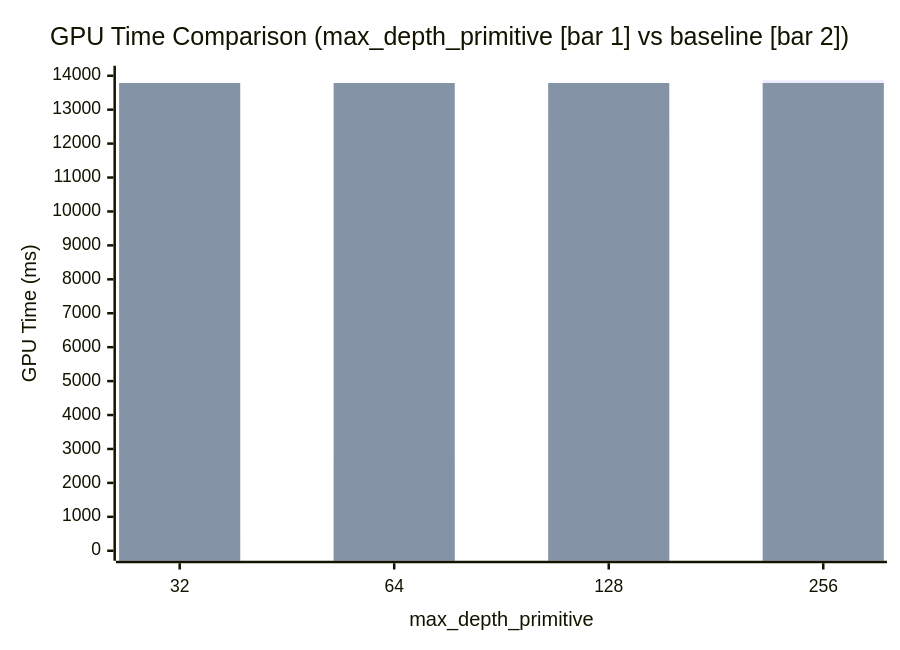
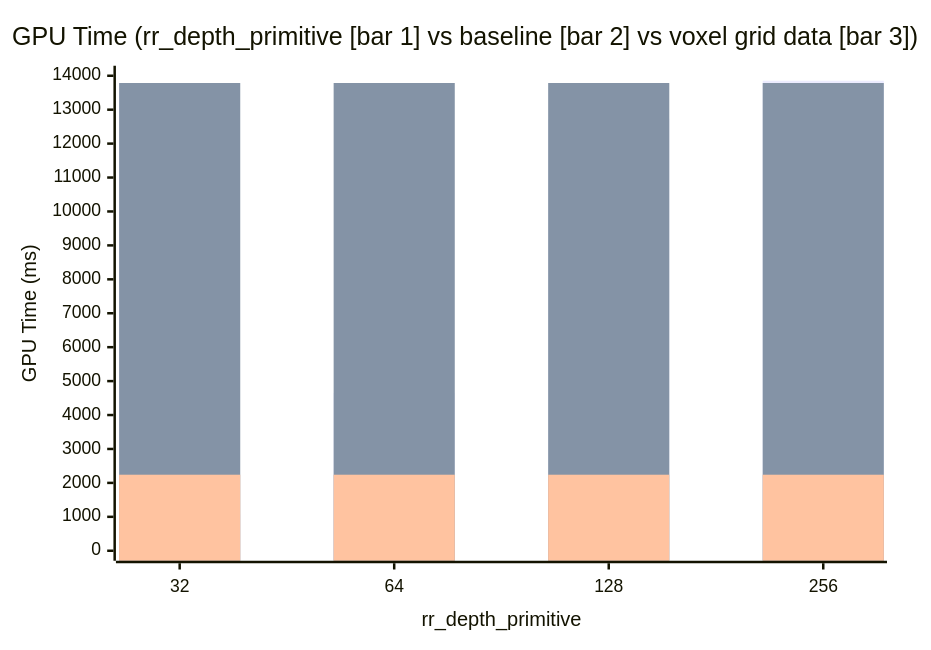
Before and after one commit to VENUSXK/pages: the seventh of 12 diagrams in content/docs/GaborRT/exp-20261023.mdx, drawn with Mermaid. The commit also changed other lines of this file and 3 other files, not shown here.

````diff
--- a/content/docs/GaborRT/exp-20261023.mdx
+++ b/content/docs/GaborRT/exp-20261023.mdx
@@ -670,8 +799,9 @@
 ```mermaid
 xychart-beta
-    title "GPU Time Comparison (max_depth_primitive [bar 1] vs baseline [bar 2])"
-    x-axis "max_depth_primitive" [32, 64, 128, 256]
+    title "GPU Time (rr_depth_primitive [bar 1] vs baseline [bar 2] vs voxel grid data [bar 3])"
+    x-axis "rr_depth_primitive" [32, 64, 128, 256]
     y-axis "GPU Time (ms)" 0 --> 14000
-    bar [320.39, 2748.79, 12406.18, 13868.53]
+    bar [1064.88, 4652.54, 12732.98, 13853.25]
     bar [13786.08, 13786.08, 13786.08, 13786.08]
+    bar [2240.92, 2240.92, 2240.92, 2240.92]
 ```
````
